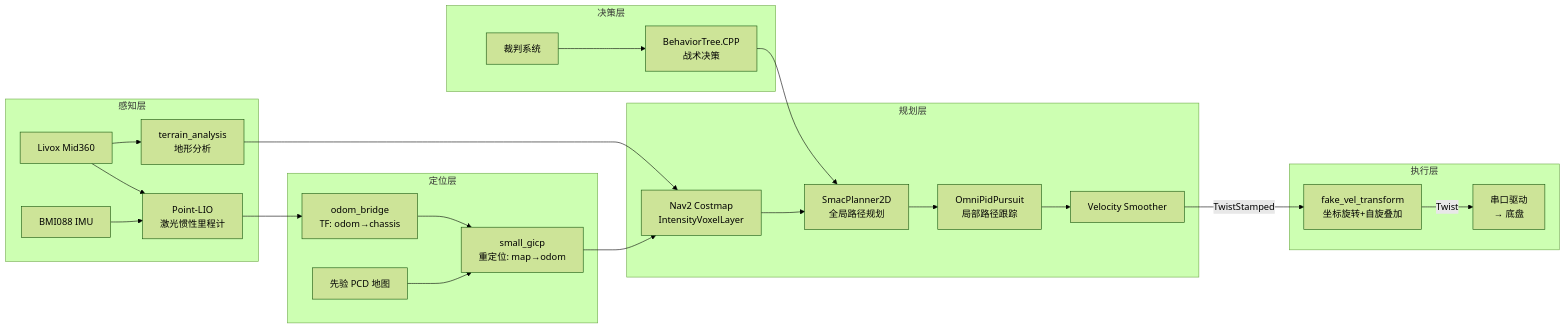
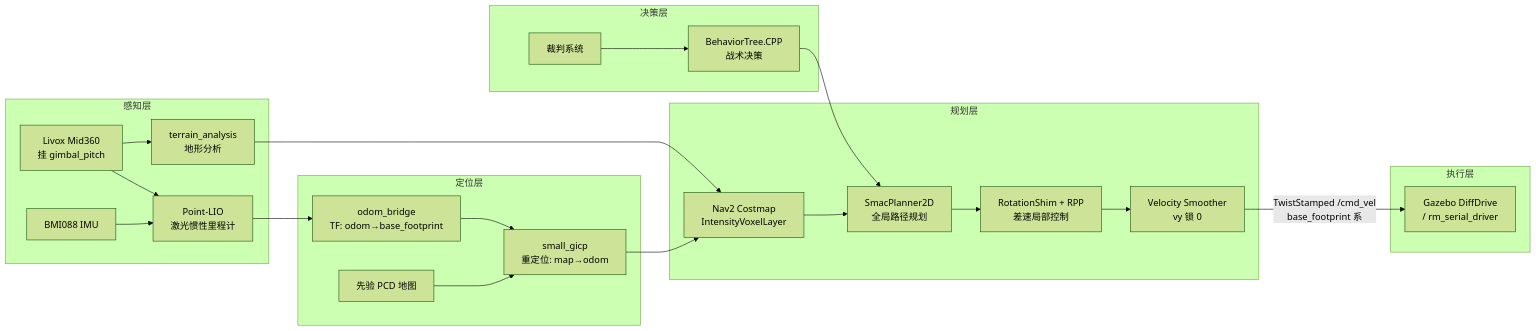
One commit to Boombroke/Sentry26 changed the diagram in README.md. Above: the diagram before and after it, drawn with Mermaid (forest theme). The commit also changed other lines of this file, not shown here.

First line of the commit message:
docs(README): 切换到差速轮足导航架构，mermaid 图和速度链路重绘

````diff
--- a/README.md
+++ b/README.md
@@ -12,32 +12,31 @@
 ```mermaid
 graph LR
     subgraph 感知层
-        LiDAR[Livox Mid360] --> PL[Point-LIO<br/>激光惯性里程计]
+        LiDAR[Livox Mid360<br/>挂 gimbal_pitch] --> PL[Point-LIO<br/>激光惯性里程计]
         IMU[BMI088 IMU] --> PL
         LiDAR --> TA[terrain_analysis<br/>地形分析]
     end
 
     subgraph 定位层
-        PL --> OB[odom_bridge<br/>TF: odom→chassis]
+        PL --> OB[odom_bridge<br/>TF: odom→base_footprint]
         PCD[先验 PCD 地图] --> GICP[small_gicp<br/>重定位: map→odom]
         OB --> GICP
     end
 
     subgraph 规划层
         GICP --> CM[Nav2 Costmap<br/>IntensityVoxelLayer]
         TA --> CM
         CM --> GP[SmacPlanner2D<br/>全局路径规划]
-        GP --> LP[OmniPidPursuit<br/>局部路径跟踪]
-        LP --> VS[Velocity Smoother]
+        GP --> LP[RotationShim + RPP<br/>差速局部控制]
+        LP --> VS[Velocity Smoother<br/>vy 锁 0]
     end
 
     subgraph 决策层
         REF[裁判系统] --> BT[BehaviorTree.CPP<br/>战术决策]
         BT --> GP
     end
 
     subgraph 执行层
-        VS -->|TwistStamped| FVT[fake_vel_transform<br/>坐标旋转+自旋叠加]
-        FVT -->|Twist| SER[串口驱动<br/>→ 底盘]
+        VS -->|TwistStamped /cmd_vel<br/>base_footprint 系| SER[Gazebo DiffDrive<br/>/ rm_serial_driver]
     end
 ```
````
